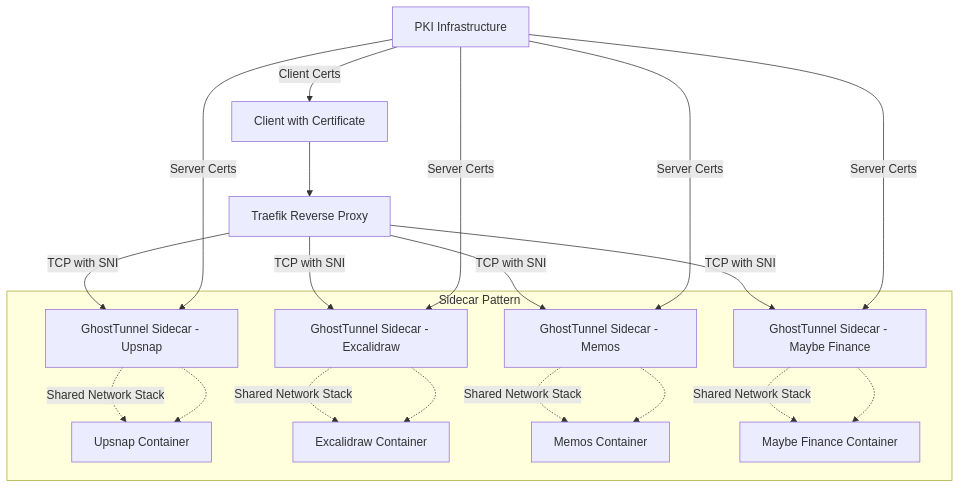
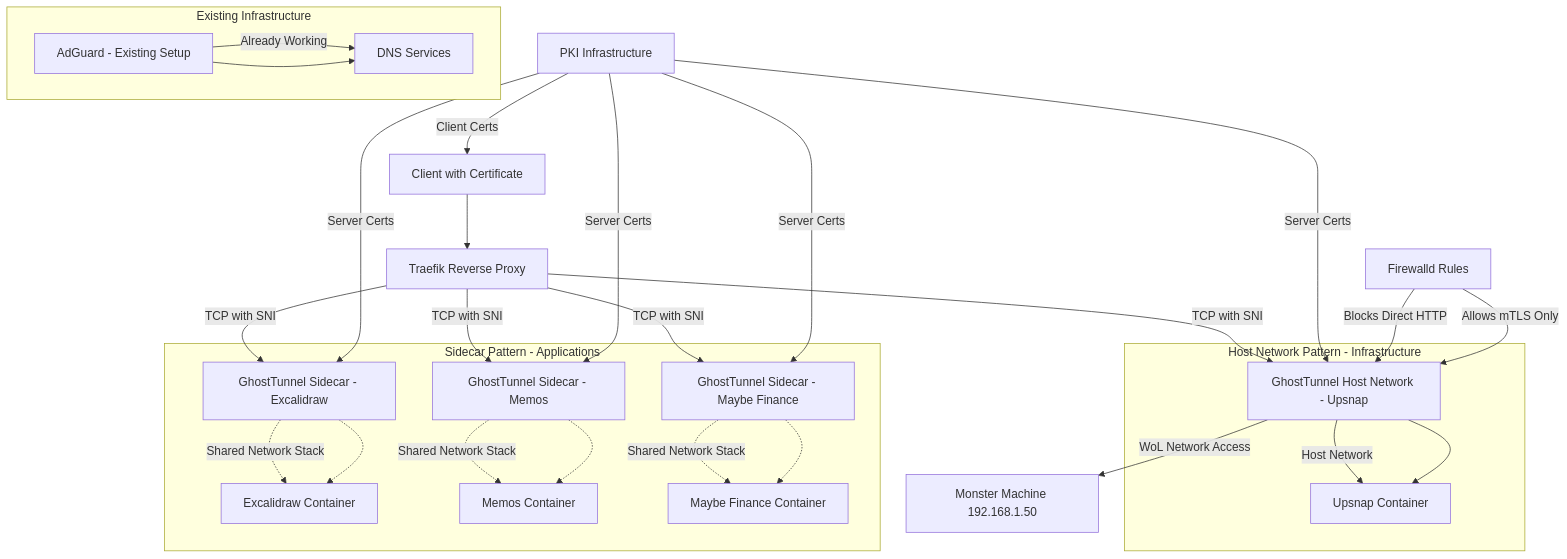
One commit to GDavij/homelab-ansible-automation changed the diagram in .kiro/specs/homelab-mtls-ghosttunnel/design.md. Above: the diagram before and after it, drawn with Mermaid. The commit also changed other lines of this file and 12 other files, not shown here.

Commit message:
feat(#upsnap-wol-feature): Define Upsnap and GhostTunnel for Upsnap Services

````diff
--- a/.kiro/specs/homelab-mtls-ghosttunnel/design.md
+++ b/.kiro/specs/homelab-mtls-ghosttunnel/design.md
@@ -13,26 +13,39 @@
 ```mermaid
 graph TB
     Client[Client with Certificate] --> Traefik[Traefik Reverse Proxy]
-    Traefik --> |TCP with SNI| GT1[GhostTunnel Sidecar - Upsnap]
+    Traefik --> |TCP with SNI| GT1[GhostTunnel Host Network - Upsnap]
     Traefik --> |TCP with SNI| GT2[GhostTunnel Sidecar - Excalidraw]
     Traefik --> |TCP with SNI| GT3[GhostTunnel Sidecar - Memos]
     Traefik --> |TCP with SNI| GT4[GhostTunnel Sidecar - Maybe Finance]
     
-    GT1 -.-> |Shared Network Stack| App1[Upsnap Container]
+    GT1 --> |Host Network| App1[Upsnap Container]
+    GT1 --> |WoL Network Access| Monster[Monster Machine 192.168.1.50]
     GT2 -.-> |Shared Network Stack| App2[Excalidraw Container]
     GT3 -.-> |Shared Network Stack| App3[Memos Container]
     GT4 -.-> |Shared Network Stack| App4[Maybe Finance Container]
     
     PKI[PKI Infrastructure] --> |Server Certs| GT1
     PKI --> |Server Certs| GT2
     PKI --> |Server Certs| GT3
     PKI --> |Server Certs| GT4
     PKI --> |Client Certs| Client
     
-    subgraph "Sidecar Pattern"
-        GT1 -.-> App1
+    Firewall[Firewalld Rules] --> |Blocks Direct HTTP| GT1
+    Firewall --> |Allows mTLS Only| GT1
+    
+    AdGuard[AdGuard - Existing Setup] --> |Already Working| DNS[DNS Services]
+    
+    subgraph "Host Network Pattern - Infrastructure"
+        GT1 --> App1
+    end
+    
+    subgraph "Sidecar Pattern - Applications"
         GT2 -.-> App2
         GT3 -.-> App3
         GT4 -.-> App4
     end
+    
+    subgraph "Existing Infrastructure"
+        AdGuard --> DNS
+    end
 ```
````
